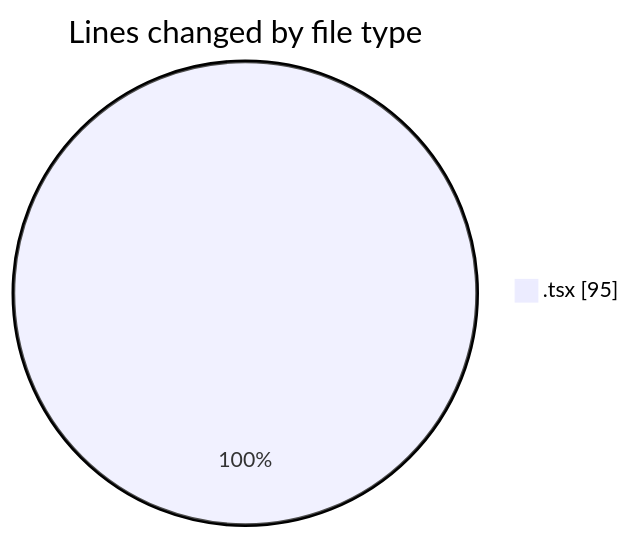
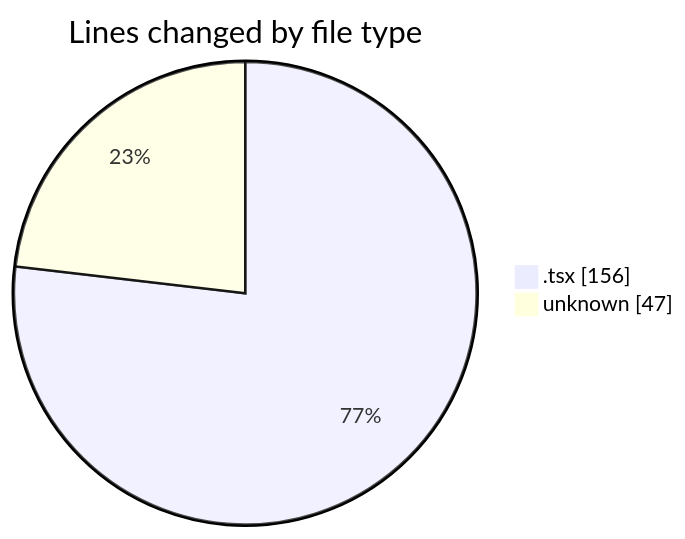
One commit to momahboobian/code-tracking changed the first of 2 diagrams in 2025-09-18/cda/README.md. Above: the diagram before and after it, drawn with Mermaid. The commit also changed other lines of this file and 1 other file, not shown here.

````diff
--- a/2025-09-18/cda/README.md
+++ b/2025-09-18/cda/README.md
@@ -22,5 +23,6 @@
 ```mermaid
 pie showData
 title Lines changed by file type
-".tsx" : 95
+".tsx" : 156
+"unknown" : 47
 ```
````
